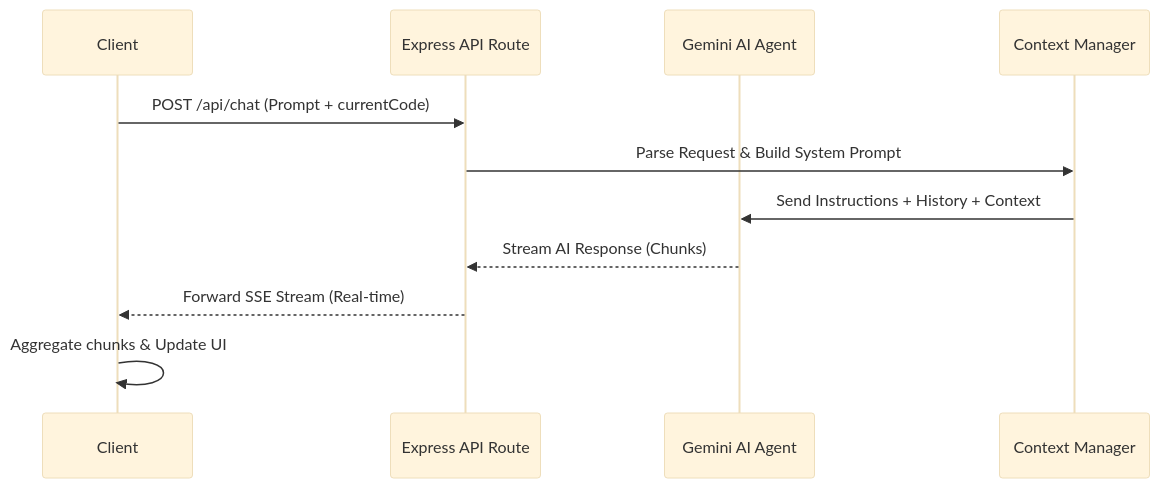
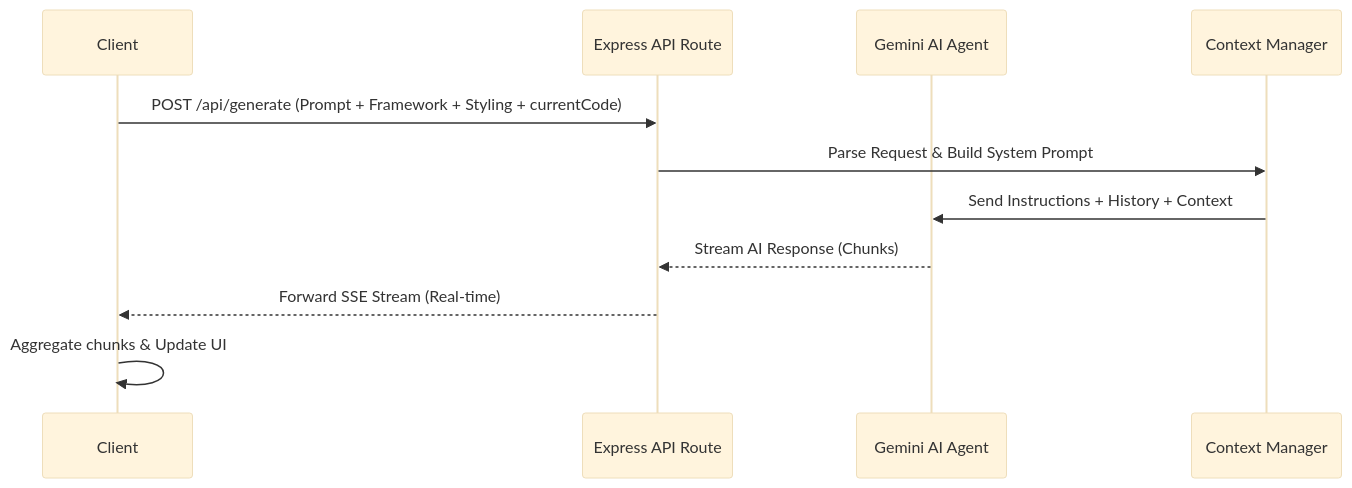
The diagram in README.md (SandeepKumarNayak/codegen-server), drawn with Mermaid (base theme) before and after one commit. The commit also changed other lines of this file, not shown here.

````diff
--- a/README.md
+++ b/README.md
@@ -35,14 +32,14 @@
 ```mermaid
 sequenceDiagram
     participant Client
     participant ExpressAPI as Express API Route
     participant Agent as Gemini AI Agent
     participant ContextMgr as Context Manager
 
-    Client->>ExpressAPI: POST /api/chat (Prompt + currentCode)
+    Client->>ExpressAPI: POST /api/generate (Prompt + Framework + Styling + currentCode)
     ExpressAPI->>ContextMgr: Parse Request & Build System Prompt
     ContextMgr->>Agent: Send Instructions + History + Context
     Agent-->>ExpressAPI: Stream AI Response (Chunks)
     ExpressAPI-->>Client: Forward SSE Stream (Real-time)
     Client->>Client: Aggregate chunks & Update UI
 ```
````
